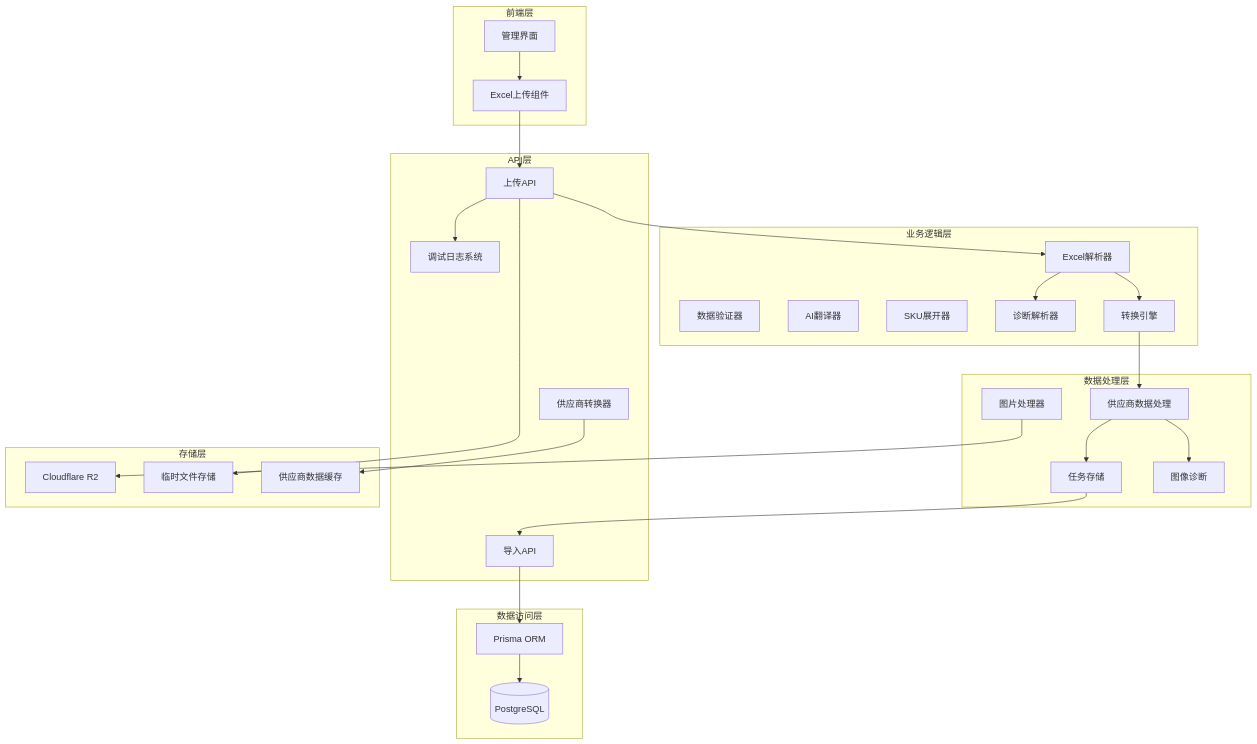
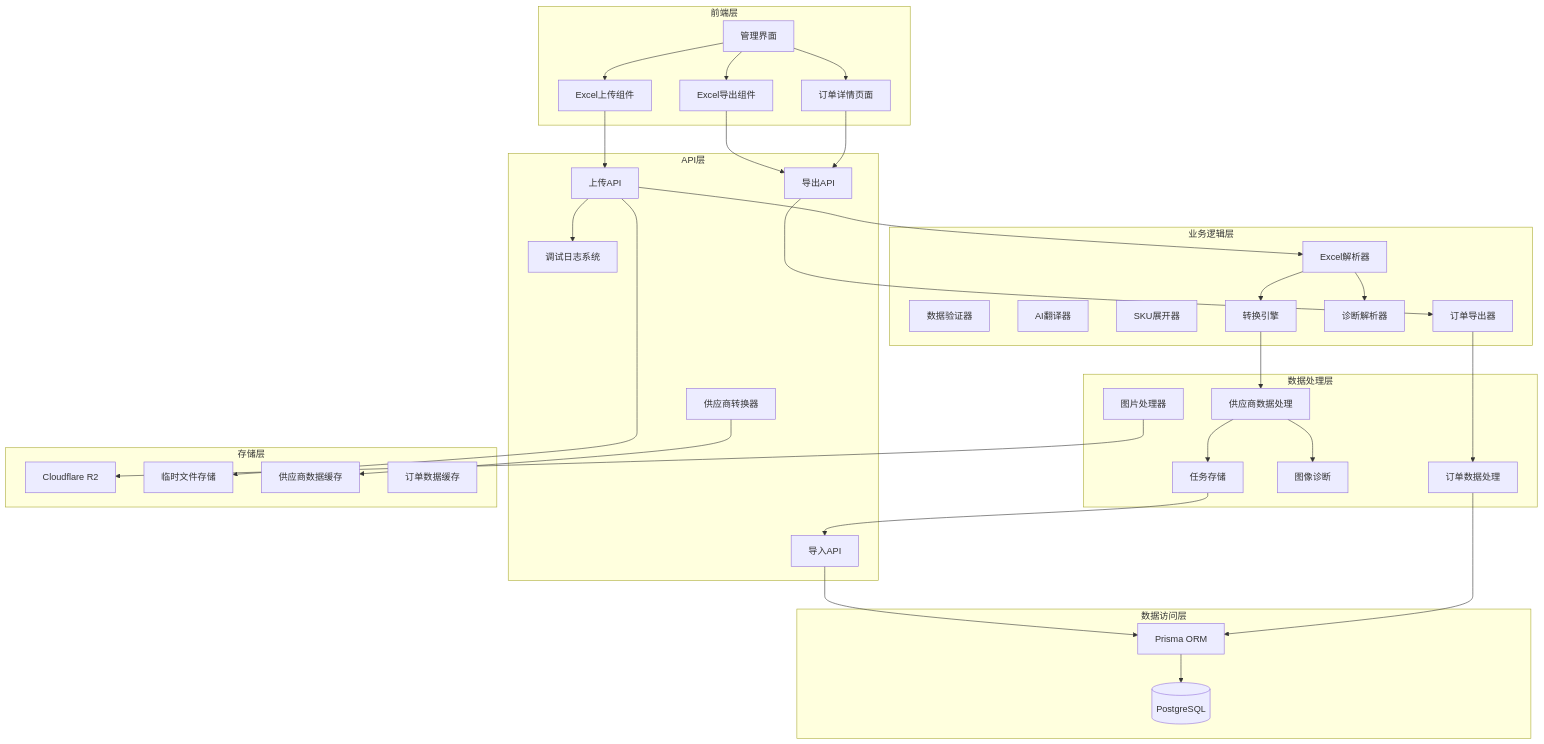
The first of 14 diagrams in .qoder/repowiki/zh/content/Excel Import System.md (three3638-arch/celestia_2b), drawn with Mermaid before and after one commit. The commit also changed other lines of this file and 4 other files, not shown here.

````diff
--- a/.qoder/repowiki/zh/content/Excel Import System.md
+++ b/.qoder/repowiki/zh/content/Excel Import System.md
@@ -55,51 +60,64 @@
 ```mermaid
 graph TB
 subgraph "前端层"
 UI[管理界面]
 Upload[Excel上传组件]
+Export[Excel导出组件]
+OrderDetail[订单详情页面]
 end
 subgraph "API层"
 UploadAPI[上传API]
 ImportAPI[导入API]
+ExportAPI[导出API]
 DebugLog[调试日志系统]
 SupplierConverter[供应商转换器]
 end
 subgraph "业务逻辑层"
 Parser[Excel解析器]
 Validator[数据验证器]
 Translator[AI翻译器]
 SKUExpander[SKU展开器]
+OrderExporter[订单导出器]
 DebugParser[诊断解析器]
 SupplierConverterEngine[转换引擎]
 end
 subgraph "数据处理层"
 ImageProcessor[图片处理器]
 TaskStore[任务存储]
 DebugImage[图像诊断]
 SupplierDataProcessor[供应商数据处理]
+OrderDataProcessor[订单数据处理]
 end
 subgraph "数据访问层"
 Prisma[Prisma ORM]
 Database[(PostgreSQL)]
 end
 subgraph "存储层"
 R2[Cloudflare R2]
 Temp[临时文件存储]
 SupplierData[供应商数据缓存]
+OrderData[订单数据缓存]
 end
 UI --> Upload
+UI --> Export
+UI --> OrderDetail
 Upload --> UploadAPI
+Export --> ExportAPI
+OrderDetail --> ExportAPI
 UploadAPI --> DebugLog
 UploadAPI --> Parser
 Parser --> DebugParser
 Parser --> SupplierConverterEngine
 SupplierConverterEngine --> SupplierDataProcessor
 SupplierDataProcessor --> DebugImage
 SupplierDataProcessor --> TaskStore
 TaskStore --> ImportAPI
 ImportAPI --> Prisma
+ExportAPI --> OrderExporter
+OrderExporter --> OrderDataProcessor
+OrderDataProcessor --> Prisma
 Prisma --> Database
 ImageProcessor --> R2
 UploadAPI --> Temp
 SupplierConverter --> SupplierData
 ```
````
